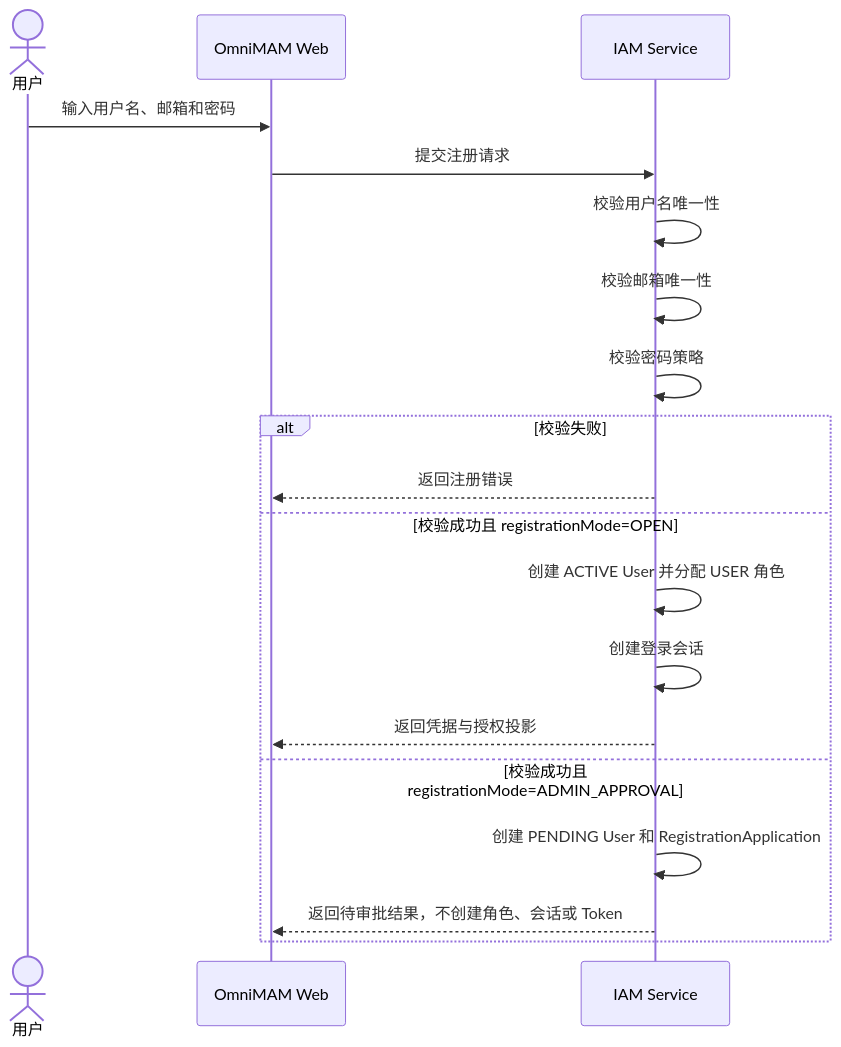
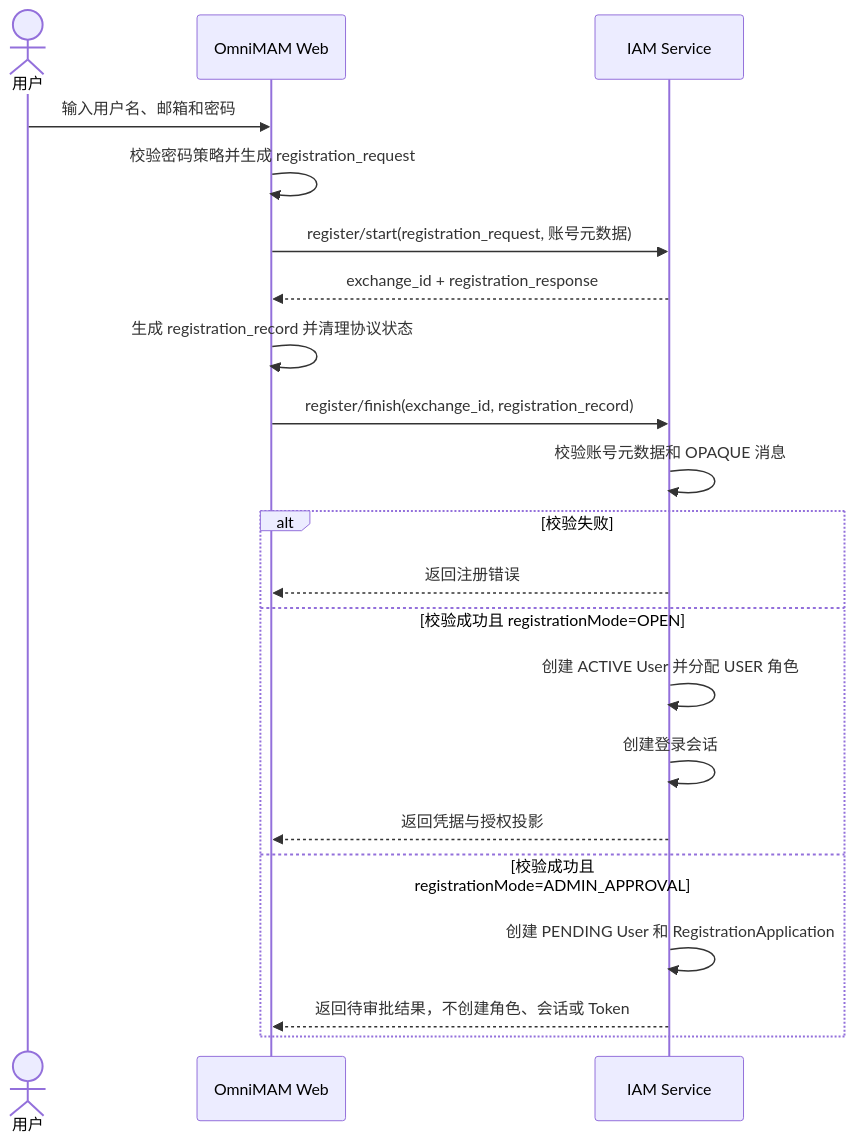
One commit to wangweihong/omnimam-spec changed the second of 10 diagrams in 00_product/domains/identity/product-spec.md. Above: the diagram before and after it, drawn with Mermaid. The commit also changed other lines of this file and 5 other files, not shown here.

````diff
--- a/00_product/domains/identity/product-spec.md
+++ b/00_product/domains/identity/product-spec.md
@@ -668,24 +664,26 @@
 ```mermaid
 sequenceDiagram
     actor U as 用户
     participant FE as OmniMAM Web
     participant IAM as IAM Service
 
     U->>FE: 输入用户名、邮箱和密码
-    FE->>IAM: 提交注册请求
+    FE->>FE: 校验密码策略并生成 registration_request
+    FE->>IAM: register/start(registration_request, 账号元数据)
+    IAM-->>FE: exchange_id + registration_response
+    FE->>FE: 生成 registration_record 并清理协议状态
+    FE->>IAM: register/finish(exchange_id, registration_record)
 
-    IAM->>IAM: 校验用户名唯一性
-    IAM->>IAM: 校验邮箱唯一性
-    IAM->>IAM: 校验密码策略
+    IAM->>IAM: 校验账号元数据和 OPAQUE 消息
 
     alt 校验失败
         IAM-->>FE: 返回注册错误
     else 校验成功且 registrationMode=OPEN
         IAM->>IAM: 创建 ACTIVE User 并分配 USER 角色
         IAM->>IAM: 创建登录会话
         IAM-->>FE: 返回凭据与授权投影
     else 校验成功且 registrationMode=ADMIN_APPROVAL
         IAM->>IAM: 创建 PENDING User 和 RegistrationApplication
         IAM-->>FE: 返回待审批结果，不创建角色、会话或 Token
     end
 ```
````
